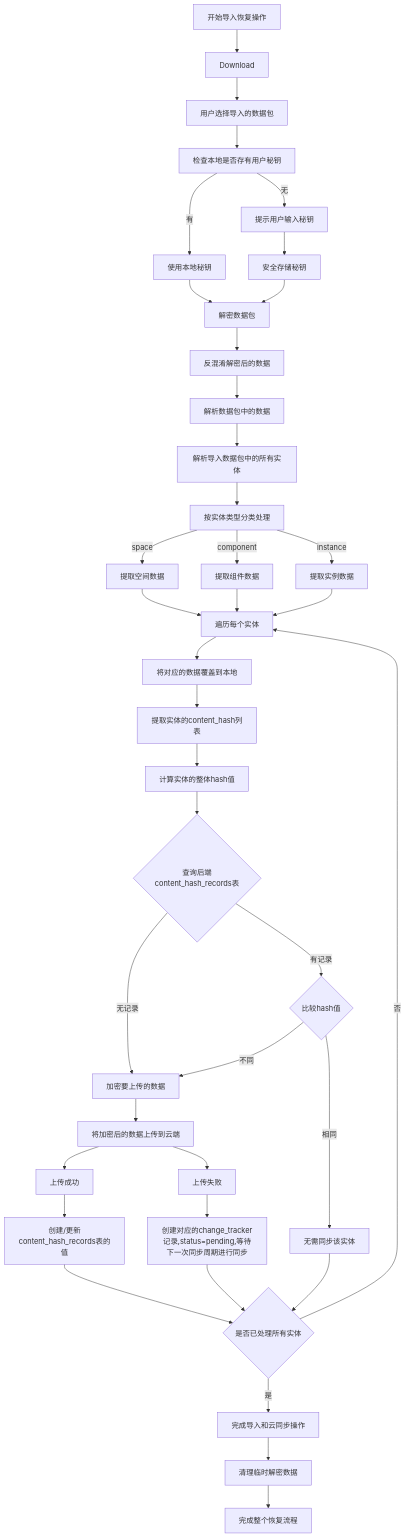
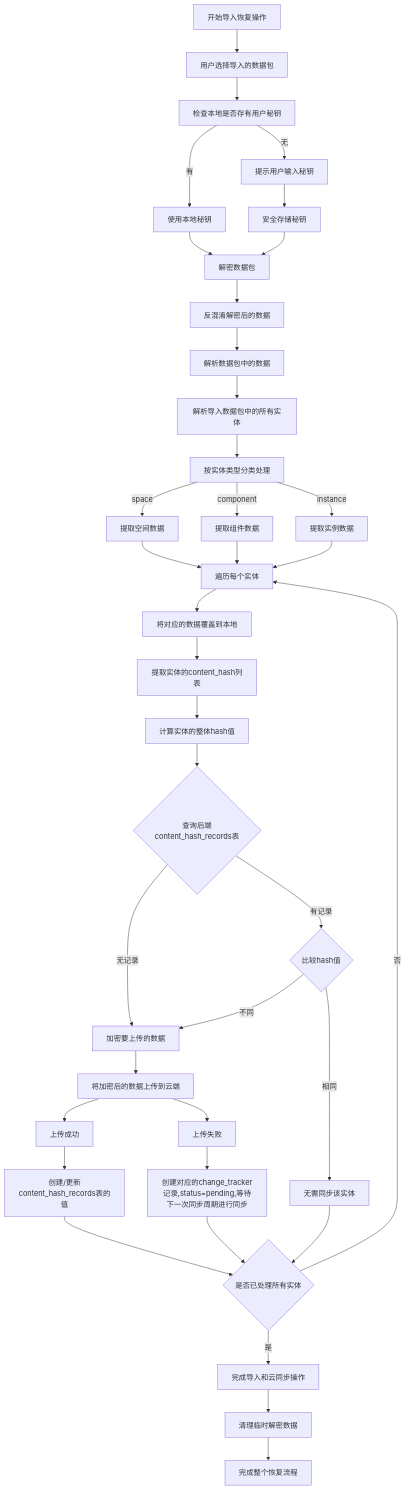
Before and after one commit to yingjianzh/iodraw-files: the diagram in all/未命名-47.md, drawn with Mermaid.

Commit message:
2025-04-29 14:34:15 update

````diff
--- a/all/未命名-47.md
+++ b/all/未命名-47.md
@@ -1,61 +1,58 @@
 ```mermaid
 
 flowchart TD
-    A[开始导入恢复操作] -->
-
-    Download --> B[用户选择导入的数据包]
+    A[开始导入恢复操作] --> B[用户选择导入的数据包]
     B --> B1[检查本地是否存有用户秘钥]
     
     B1 -->|有| B3[使用本地秘钥]
     B1 -->|无| B4[提示用户输入秘钥]
-
 
     B4 --> B8[安全存储秘钥]
     B3 --> B10[解密数据包]
     B8 --> B10
     
     B10 --> B11[反混淆解密后的数据]
     B11 --> C[解析数据包中的数据]
     
     C --> D[解析导入数据包中的所有实体]
     D --> G[按实体类型分类处理]
     
     G -->|space| H1[提取空间数据]
     G -->|component| H2[提取组件数据]
     G -->|instance| H3[提取实例数据]
     
     H1 --> I[遍历每个实体]
     H2 --> I
     H3 --> I
     
     I --> Save[将对应的数据覆盖到本地]
     Save --> J[提取实体的content_hash列表]
     J --> K[计算实体的整体hash值]
     
     K --> L{查询后端content_hash_records表}
     L -->|无记录| M1[加密要上传的数据]
     M1 --> M1a[将加密后的数据上传到云端]
     M1a --> N1[上传成功]
     M1a --> N2[上传失败]
     
     N2 --> N3[创建对应的change_tracker记录,status=pending,等待下一次同步周期进行同步]
     N3 --> S
     N1 --> M4[创建/更新content_hash_records表的值]
 
 
     L -->|有记录| M2{比较hash值}
     M2 -->|不同| M1
 
     M2 -->|相同| M3[无需同步该实体]
     
     
     M3 --> S{是否已处理所有实体}
     M4 --> S{是否已处理所有实体}
     
     S -->|否| I
     S -->|是| T[完成导入和云同步操作]
     
     T --> U[清理临时解密数据]
     U --> V[完成整个恢复流程]
 
 ```
````
